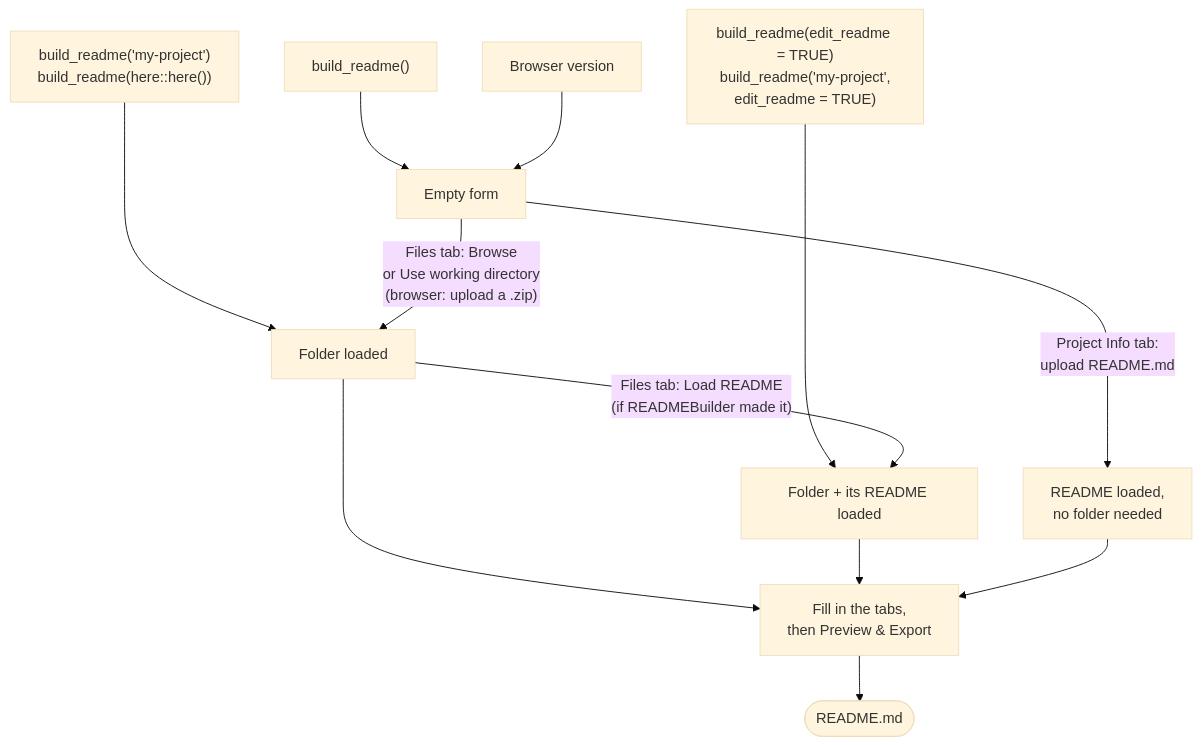
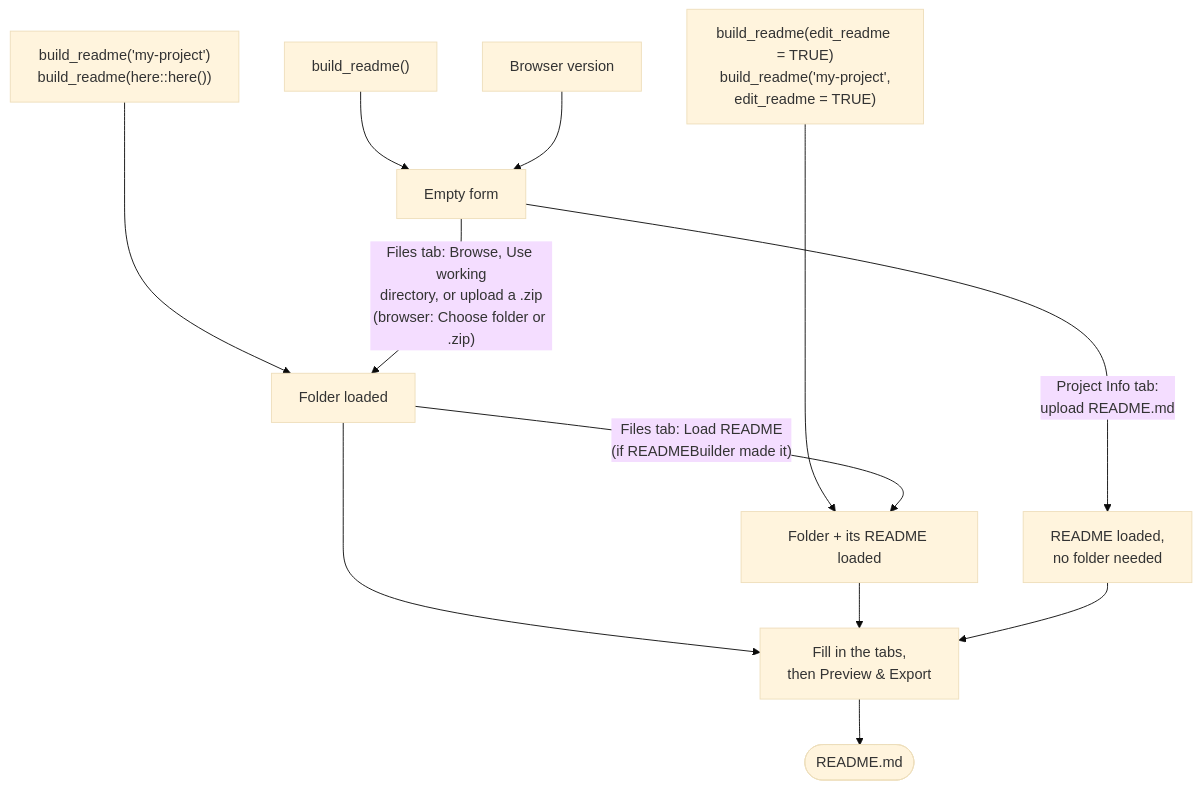
Before and after one commit to EIvimeyCook/READMEBuilder: the diagram in README.md, drawn with Mermaid (base theme). The commit also changed other lines of this file and 6 other files, not shown here.

````diff
--- a/README.md
+++ b/README.md
@@ -148,14 +156,14 @@
 ```mermaid
 flowchart TD
     A["build_readme()"] --> B["Empty form"]
     F["build_readme('my-project')<br/>build_readme(here::here())"] ---> C
     G["build_readme(edit_readme = TRUE)<br/>build_readme('my-project',<br/>edit_readme = TRUE)"] ----> D
     W["Browser version"] --> B
-    B -- "Files tab: Browse<br/>or Use working directory<br/>(browser: upload a .zip)" --> C["Folder loaded"]
+    B -- "Files tab: Browse, Use working<br/>directory, or upload a .zip<br/>(browser: Choose folder or .zip)" --> C["Folder loaded"]
     B -- "Project Info tab:<br/>upload README.md" --> E["README loaded,<br/>no folder needed"]
     C -- "Files tab: Load README<br/>(if READMEBuilder made it)" --> D["Folder + its README loaded"]
     C --> H["Fill in the tabs,<br/>then Preview & Export"]
     D --> H
     E --> H
     H --> I(["README.md"])
 ```
````
